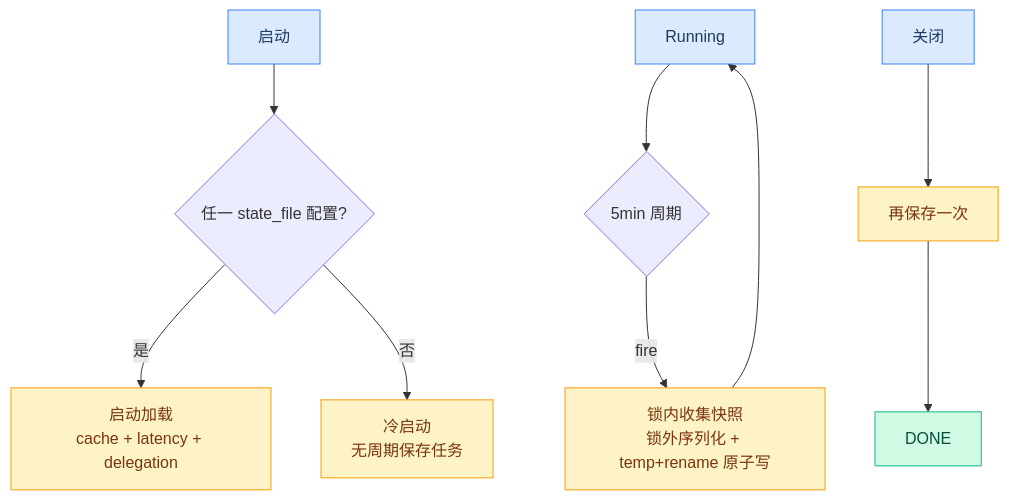
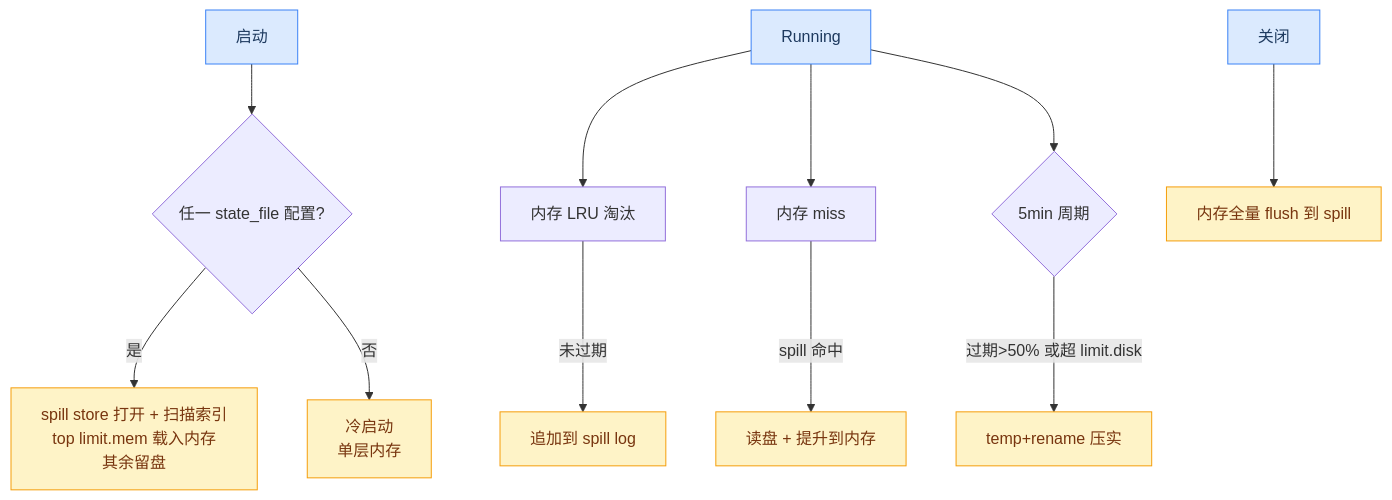
One commit to hezhijie0327/ZJDNS changed the third of 31 diagrams in docs/FLOWCHARTS.md. Above: the diagram before and after it, drawn with Mermaid. The commit also changed other lines of this file and 44 other files, not shown here.

First line of the commit message:
feat: two-tier cache with disk spill store (limit.mem + limit.disk)

````diff
--- a/docs/FLOWCHARTS.md
+++ b/docs/FLOWCHARTS.md
@@ -86,17 +90,19 @@
 ```mermaid
 graph TD
     STARTUP[启动] --> GATE{任一 state_file 配置?}
-    GATE -->|是| LOAD[启动加载<br/>cache + latency + delegation]
-    GATE -->|否| COLD[冷启动<br/>无周期保存任务]
-    RUNNING[Running] --> TICKER{5min 周期}
-    TICKER -->|fire| SAVE[锁内收集快照<br/>锁外序列化 + temp+rename 原子写]
-    SAVE --> RUNNING
-    SHUTDOWN[关闭] --> SAVEF[再保存一次]
-    SAVEF --> DONE
+    GATE -->|是| LOAD[spill store 打开 + 扫描索引<br/>top limit.mem 载入内存<br/>其余留盘]
+    GATE -->|否| COLD[冷启动<br/>单层内存]
+    RUNNING[Running] --> EVICT[内存 LRU 淘汰]
+    EVICT -->|未过期| SPILL[追加到 spill log]
+    RUNNING --> MISS[内存 miss]
+    MISS -->|spill 命中| PROMOTE[读盘 + 提升到内存]
+    RUNNING --> TICKER{5min 周期}
+    TICKER -->|过期>50% 或超 limit.disk| COMPACT[temp+rename 压实]
+    SHUTDOWN[关闭] --> FLUSH[内存全量 flush 到 spill]
     classDef start fill:#dbeafe,stroke:#3b82f6,color:#1e3a5f
     classDef proc fill:#fef3c7,stroke:#f59e0b,color:#78350f
     classDef ok fill:#d1fae5,stroke:#10b981,color:#064e3b
     class STARTUP,RUNNING,SHUTDOWN start
-    class LOAD,COLD,SAVE,SAVEF proc
+    class LOAD,COLD,SPILL,PROMOTE,COMPACT,FLUSH proc
     class DONE ok
 ```
````
